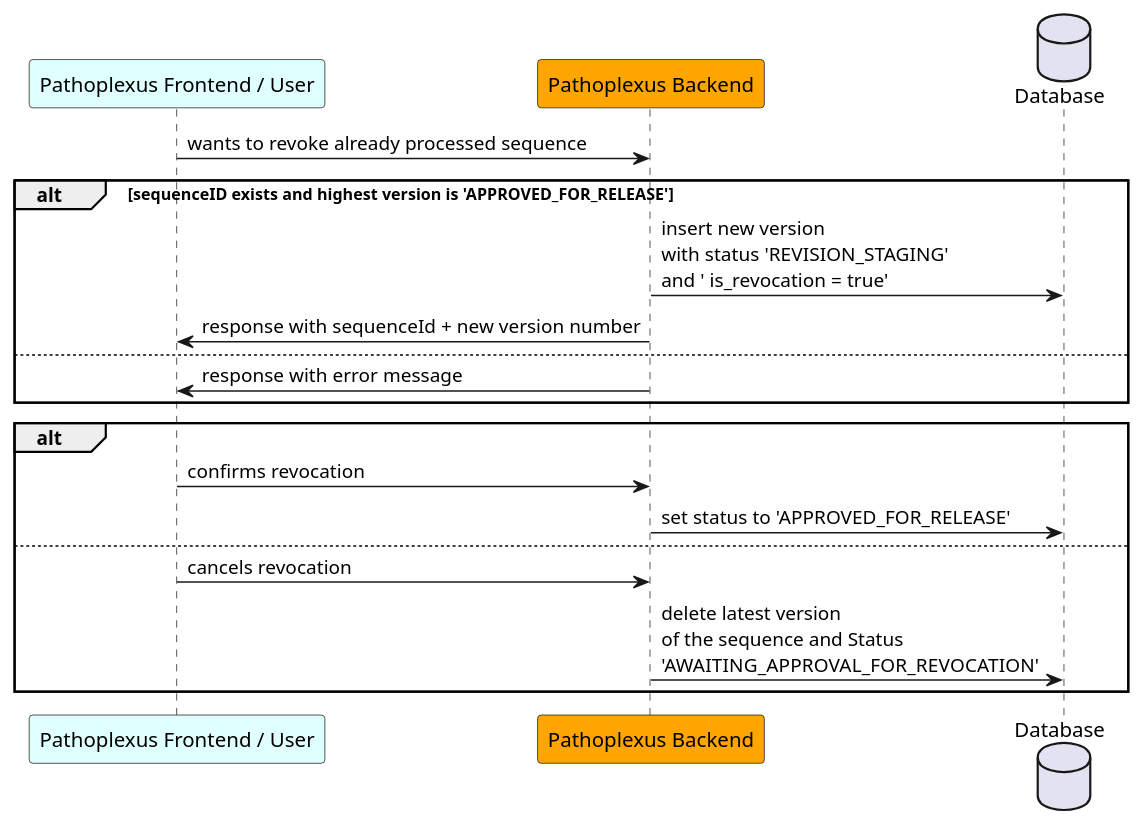
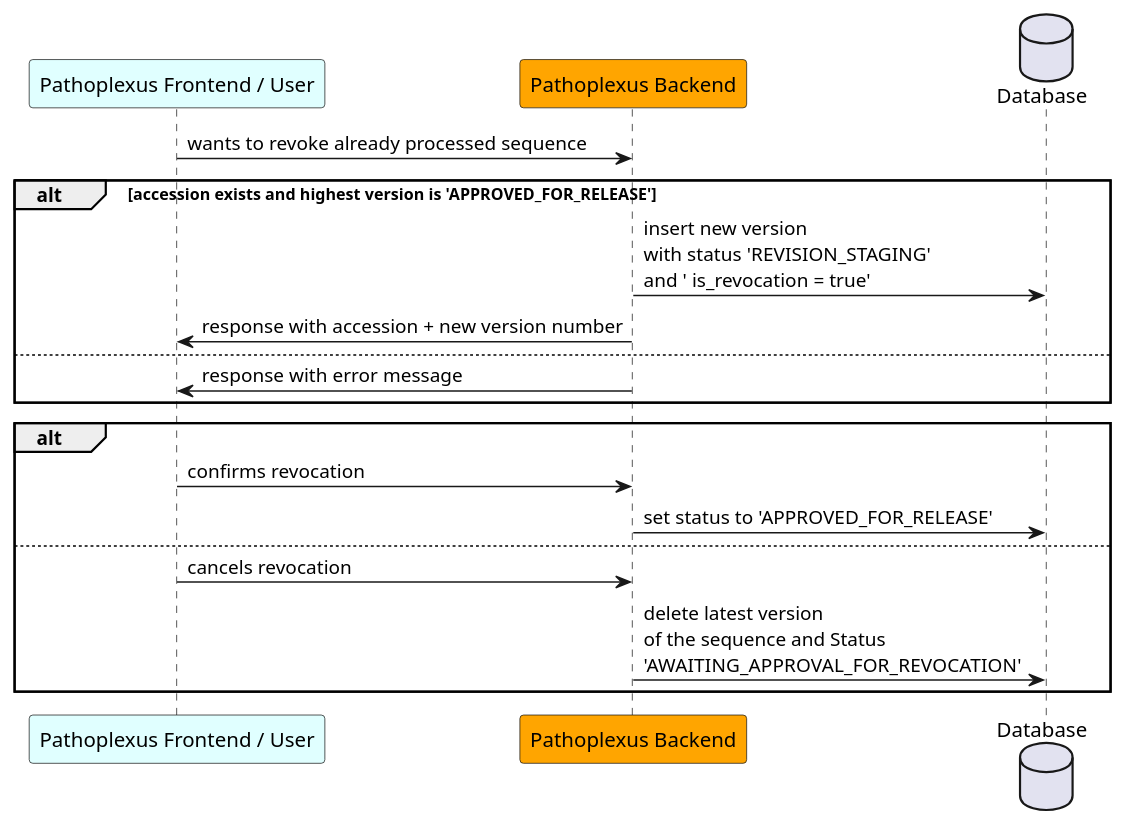
The diagram in backend/docs/plantuml/sequenceRevocation.puml (loculus-project/loculus), drawn with PlantUML before and after one commit. The commit also changed 95 other files, not shown here.

```diff
--- a/backend/docs/plantuml/sequenceRevocation.puml
+++ b/backend/docs/plantuml/sequenceRevocation.puml
@@ -1,22 +1,22 @@
 @startuml
     participant "Pathoplexus Frontend / User" as frontend #LightCyan
     participant "Pathoplexus Backend" as backend #Orange
     database "Database" as DB
 
     frontend -> backend: wants to revoke already processed sequence
 
-     alt sequenceID exists and highest version is 'APPROVED_FOR_RELEASE'
+     alt accession exists and highest version is 'APPROVED_FOR_RELEASE'
         backend -> DB: insert new version\nwith status 'REVISION_STAGING' \nand ' is_revocation = true'
-    backend -> frontend: response with sequenceId + new version number
+    backend -> frontend: response with accession + new version number
     else
         backend -> frontend: response with error message
     end
 
     alt
         frontend -> backend: confirms revocation
         backend -> DB: set status to 'APPROVED_FOR_RELEASE'
     else
         frontend -> backend: cancels revocation
         backend -> DB: delete latest version \nof the sequence and Status \n'AWAITING_APPROVAL_FOR_REVOCATION'
     end
 @enduml
```
